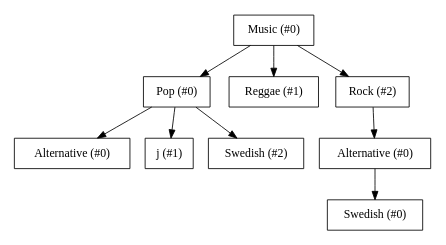
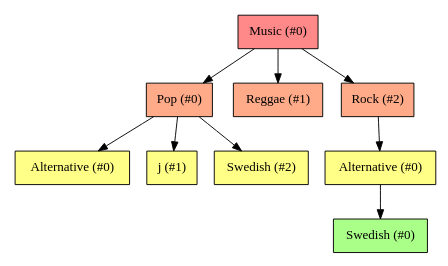
One commit to sahib/libmunin-thesis changed the diagram in rst/5_provider/figs/tree_final.dot. Above: the diagram before and after it, drawn with Graphviz. The commit also changed 26 other files, not shown here.

Commit message:
Added some colors to the graphics.

```diff
--- a/rst/5_provider/figs/tree_final.dot
+++ b/rst/5_provider/figs/tree_final.dot
@@ -1,15 +1,29 @@
 digraph {
     size=4; 
-    node [shape=record];
+    node [shape=record, style=filled, fontname="monoOne"];
+
+    "Music (#0)" [fillcolor="#ff8888"];
+
+    "Pop (#0)" [fillcolor="#ffaa88"];
+    "Reggae (#1)" [fillcolor="#ffaa88"];
+    "Rock (#2)" [fillcolor="#ffaa88"];
+
+    "Alternative (#0) " [fillcolor="#ffff88"];
+    "j (#1)" [fillcolor="#ffff88"];
+    "Swedish (#2)" [fillcolor="#ffff88"];
+    "Swedish (#0)" [fillcolor="#aaff88"];
+    "Alternative (#0)" [fillcolor="#ffff88"];
+
+    // ------------------
 
     "Music (#0)" -> "Pop (#0)";
     "Music (#0)" -> "Reggae (#1)";
     "Music (#0)" -> "Rock (#2)";
 
     "Pop (#0)" -> "Alternative (#0) ";
     "Pop (#0)" -> "j (#1)";
     "Pop (#0)" -> "Swedish (#2)";
 
     "Rock (#2)" -> "Alternative (#0)";
     "Alternative (#0)" -> "Swedish (#0)";
 }
```
